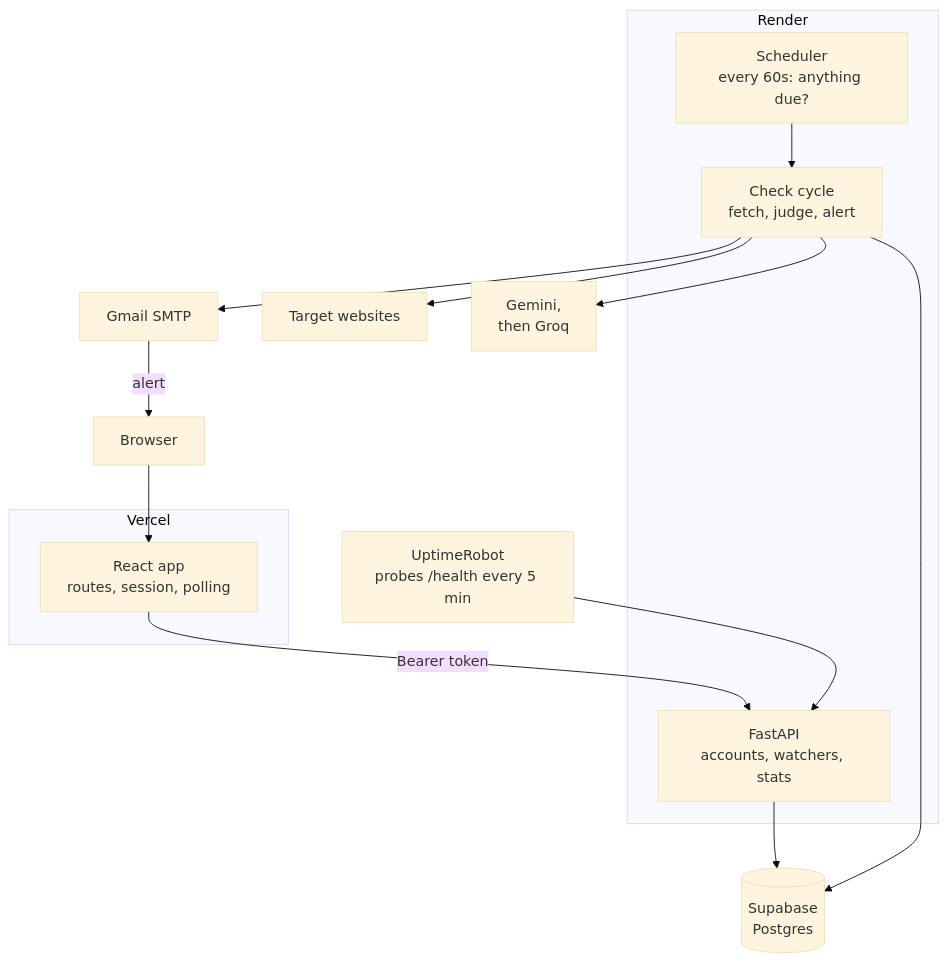
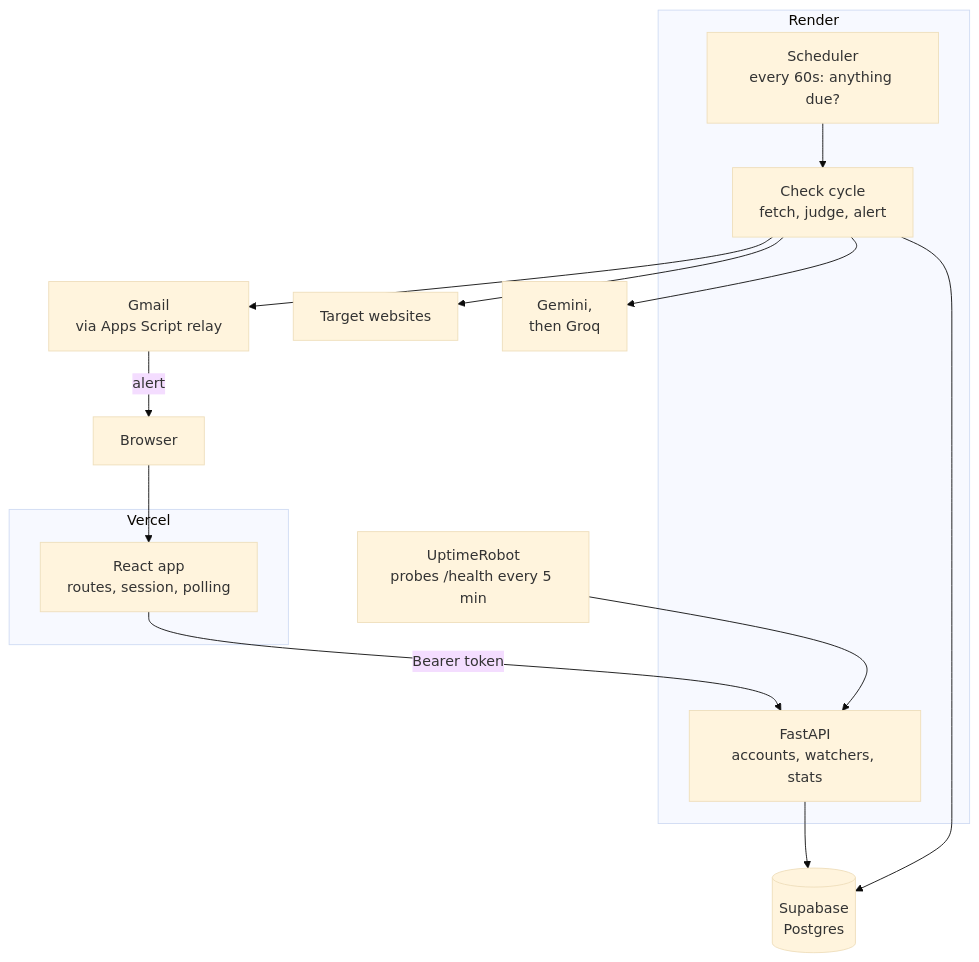
The second of 2 diagrams in README.md (Ahsan-20/Argus), drawn with Mermaid (base theme) before and after one commit. The commit also changed other lines of this file, not shown here.

````diff
--- a/README.md
+++ b/README.md
@@ -597,31 +593,31 @@
 ```mermaid
 flowchart TB
     USER["Browser"]
     MON["UptimeRobot<br/>probes /health every 5 min"]
 
     subgraph VERCEL["Vercel"]
         FE["React app<br/>routes, session, polling"]
     end
 
     subgraph RENDER["Render"]
         API["FastAPI<br/>accounts, watchers, stats"]
         SCHED["Scheduler<br/>every 60s: anything due?"]
         TICK["Check cycle<br/>fetch, judge, alert"]
     end
 
     DB[("Supabase<br/>Postgres")]
     SITES["Target websites"]
     AI["Gemini,<br/>then Groq"]
-    MAIL["Gmail SMTP"]
+    MAIL["Gmail<br/>via Apps Script relay"]
 
     USER --> FE
     FE -- "Bearer token" --> API
     MON --> API
     API --> DB
     SCHED --> TICK
     TICK --> DB
     TICK --> SITES
     TICK --> AI
     TICK --> MAIL
     MAIL -- "alert" --> USER
 ```
````
